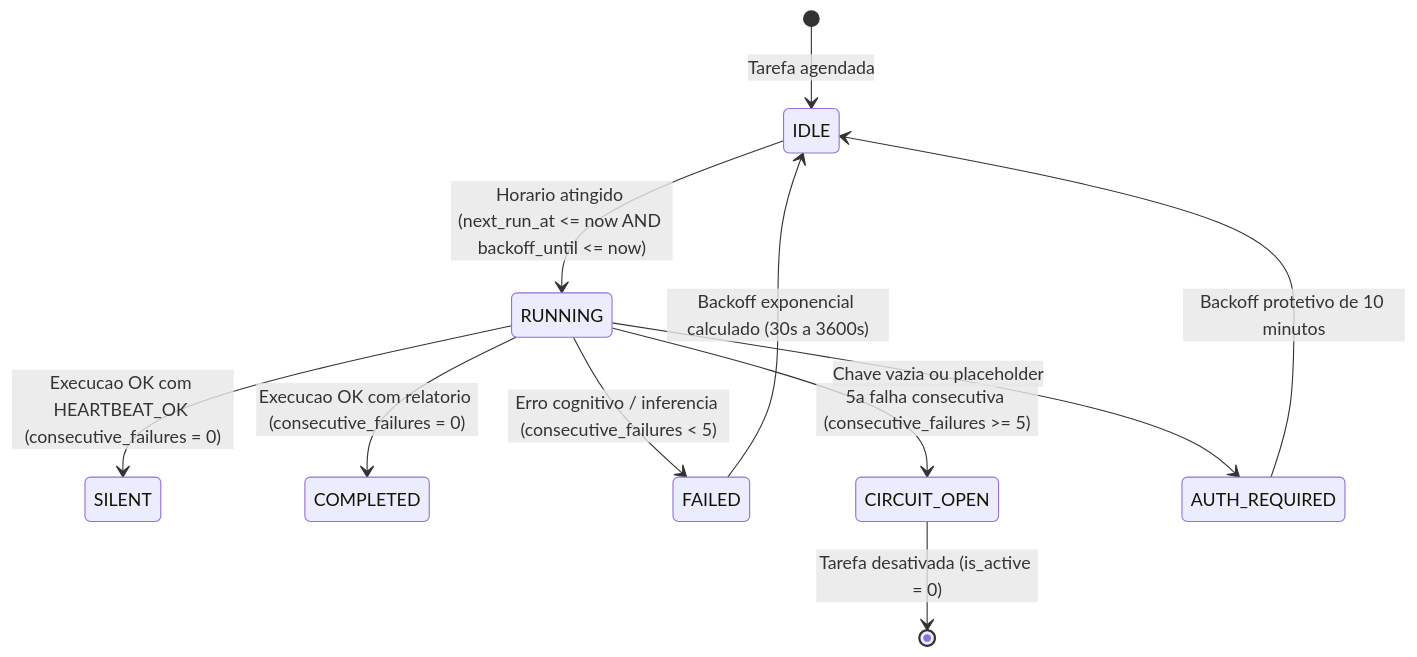
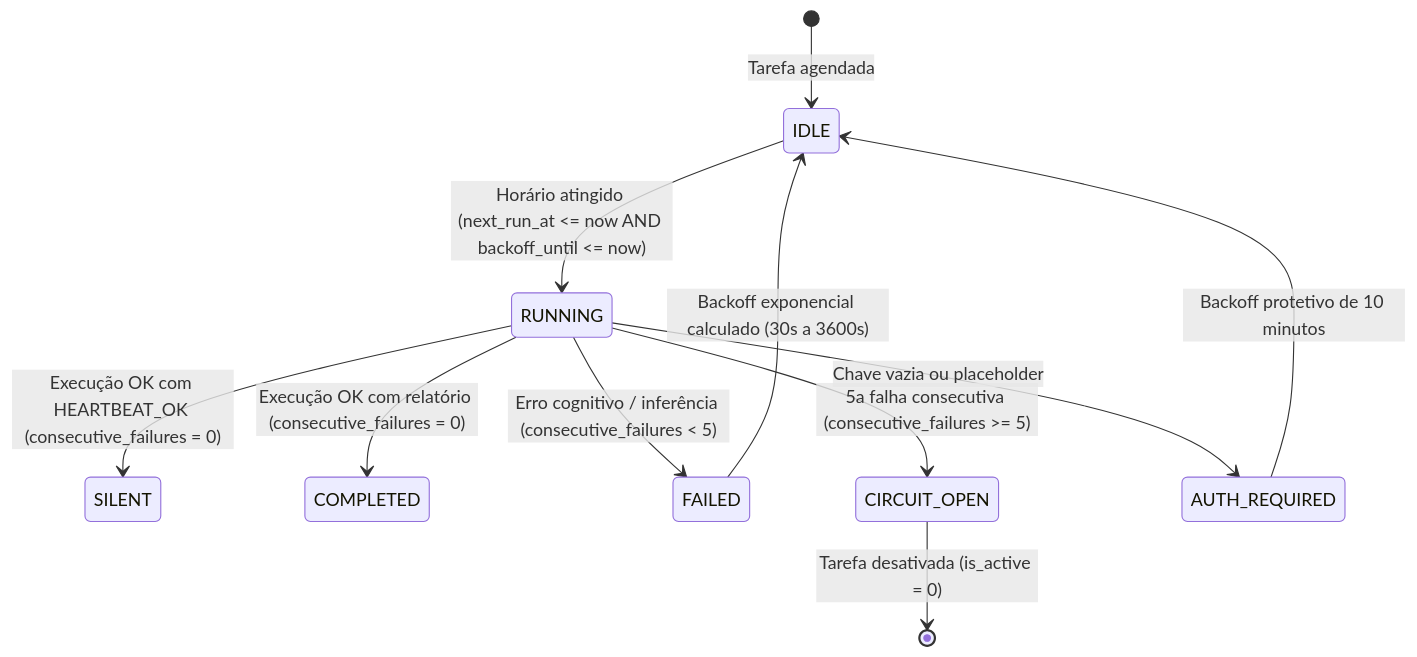
Before and after one commit to lyonpamplona/piDots: the sixth of 13 diagrams in ARCHITECTURE.md, drawn with Mermaid. The commit also changed other lines of this file and 1 other file, not shown here.

````diff
--- a/ARCHITECTURE.md
+++ b/ARCHITECTURE.md
@@ -612,17 +613,17 @@
 ```mermaid
 stateDiagram-v2
     [*] --> IDLE: Tarefa agendada
-    IDLE --> RUNNING: Horario atingido (next_run_at <= now AND backoff_until <= now)
+    IDLE --> RUNNING: Horário atingido (next_run_at <= now AND backoff_until <= now)
     
-    RUNNING --> SILENT: Execucao OK com HEARTBEAT_OK (consecutive_failures = 0)
-    RUNNING --> COMPLETED: Execucao OK com relatorio (consecutive_failures = 0)
+    RUNNING --> SILENT: Execução OK com HEARTBEAT_OK (consecutive_failures = 0)
+    RUNNING --> COMPLETED: Execução OK com relatório (consecutive_failures = 0)
     
-    RUNNING --> FAILED: Erro cognitivo / inferencia (consecutive_failures < 5)
+    RUNNING --> FAILED: Erro cognitivo / inferência (consecutive_failures < 5)
     FAILED --> IDLE: Backoff exponencial calculado (30s a 3600s)
     
     RUNNING --> CIRCUIT_OPEN: 5a falha consecutiva (consecutive_failures >= 5)
     CIRCUIT_OPEN --> [*]: Tarefa desativada (is_active = 0)
     
     RUNNING --> AUTH_REQUIRED: Chave vazia ou placeholder
     AUTH_REQUIRED --> IDLE: Backoff protetivo de 10 minutos
 ```
````
